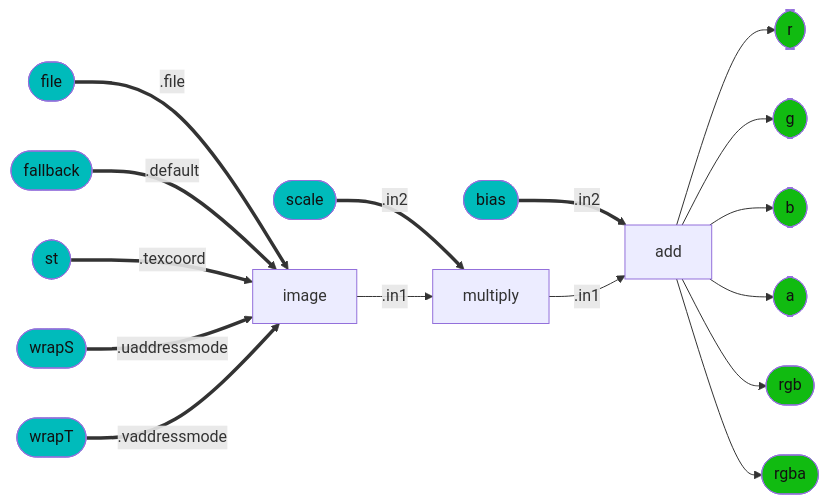
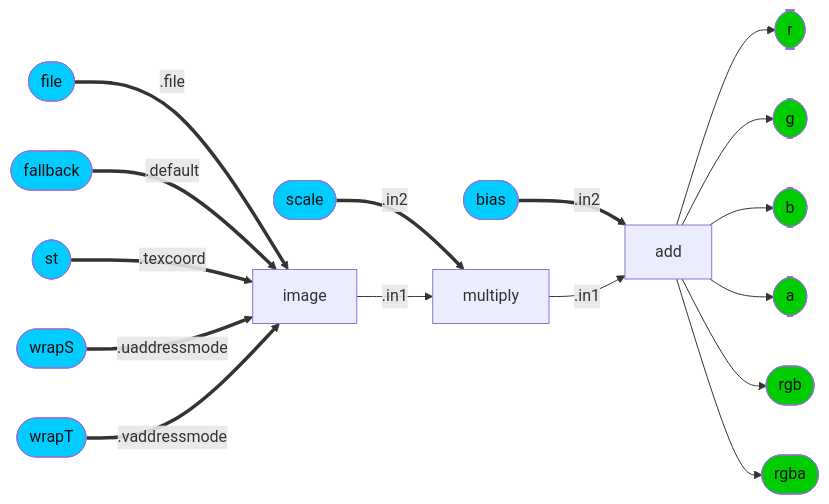
One commit to kwokcb/MaterialX_Learn changed diagram 12 of 35 in documents/definitions/bxdf_doc.md. Above: the diagram before and after it, drawn with Mermaid. The commit also changed other lines of this file and 435 other files, not shown here.

````diff
--- a/documents/definitions/bxdf_doc.md
+++ b/documents/definitions/bxdf_doc.md
@@ -1400,32 +1396,32 @@
 ```mermaid
 graph LR; 
     IMP_UsdUVTexture_22_image_bias[add] --> IMP_UsdUVTexture_22_r([r])
-    style IMP_UsdUVTexture_22_r fill:#1b1, color:#111
+    style IMP_UsdUVTexture_22_r fill:#0C0, color:#111
     IMP_UsdUVTexture_22_biasINT([bias]) ==.in2==> IMP_UsdUVTexture_22_image_bias[add]
-    style IMP_UsdUVTexture_22_biasINT fill:#0bb, color:#111
+    style IMP_UsdUVTexture_22_biasINT fill:#0CF, color:#111
     IMP_UsdUVTexture_22_image_scale[multiply] --".in1"--> IMP_UsdUVTexture_22_image_bias[add]
     IMP_UsdUVTexture_22_scaleINT([scale]) ==.in2==> IMP_UsdUVTexture_22_image_scale[multiply]
-    style IMP_UsdUVTexture_22_scaleINT fill:#0bb, color:#111
+    style IMP_UsdUVTexture_22_scaleINT fill:#0CF, color:#111
     IMP_UsdUVTexture_22_image_reader[image] --".in1"--> IMP_UsdUVTexture_22_image_scale[multiply]
     IMP_UsdUVTexture_22_fileINT([file]) ==.file==> IMP_UsdUVTexture_22_image_reader[image]
-    style IMP_UsdUVTexture_22_fileINT fill:#0bb, color:#111
+    style IMP_UsdUVTexture_22_fileINT fill:#0CF, color:#111
     IMP_UsdUVTexture_22_fallbackINT([fallback]) ==.default==> IMP_UsdUVTexture_22_image_reader[image]
-    style IMP_UsdUVTexture_22_fallbackINT fill:#0bb, color:#111
+    style IMP_UsdUVTexture_22_fallbackINT fill:#0CF, color:#111
     IMP_UsdUVTexture_22_stINT([st]) ==.texcoord==> IMP_UsdUVTexture_22_image_reader[image]
-    style IMP_UsdUVTexture_22_stINT fill:#0bb, color:#111
+    style IMP_UsdUVTexture_22_stINT fill:#0CF, color:#111
     IMP_UsdUVTexture_22_wrapSINT([wrapS]) ==.uaddressmode==> IMP_UsdUVTexture_22_image_reader[image]
-    style IMP_UsdUVTexture_22_wrapSINT fill:#0bb, color:#111
+    style IMP_UsdUVTexture_22_wrapSINT fill:#0CF, color:#111
     IMP_UsdUVTexture_22_wrapTINT([wrapT]) ==.vaddressmode==> IMP_UsdUVTexture_22_image_reader[image]
-    style IMP_UsdUVTexture_22_wrapTINT fill:#0bb, color:#111
+    style IMP_UsdUVTexture_22_wrapTINT fill:#0CF, color:#111
     IMP_UsdUVTexture_22_image_bias[add] --> IMP_UsdUVTexture_22_g([g])
-    style IMP_UsdUVTexture_22_g fill:#1b1, color:#111
+    style IMP_UsdUVTexture_22_g fill:#0C0, color:#111
     IMP_UsdUVTexture_22_image_bias[add] --> IMP_UsdUVTexture_22_b([b])
-    style IMP_UsdUVTexture_22_b fill:#1b1, color:#111
+    style IMP_UsdUVTexture_22_b fill:#0C0, color:#111
     IMP_UsdUVTexture_22_image_bias[add] --> IMP_UsdUVTexture_22_a([a])
-    style IMP_UsdUVTexture_22_a fill:#1b1, color:#111
+    style IMP_UsdUVTexture_22_a fill:#0C0, color:#111
     IMP_UsdUVTexture_22_image_bias[add] --> IMP_UsdUVTexture_22_rgb([rgb])
-    style IMP_UsdUVTexture_22_rgb fill:#1b1, color:#111
+    style IMP_UsdUVTexture_22_rgb fill:#0C0, color:#111
     IMP_UsdUVTexture_22_image_bias[add] --> IMP_UsdUVTexture_22_rgba([rgba])
-    style IMP_UsdUVTexture_22_rgba fill:#1b1, color:#111
+    style IMP_UsdUVTexture_22_rgba fill:#0C0, color:#111
 
 ```
````
